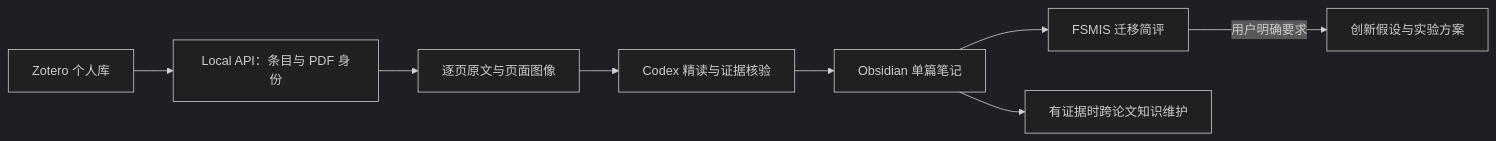
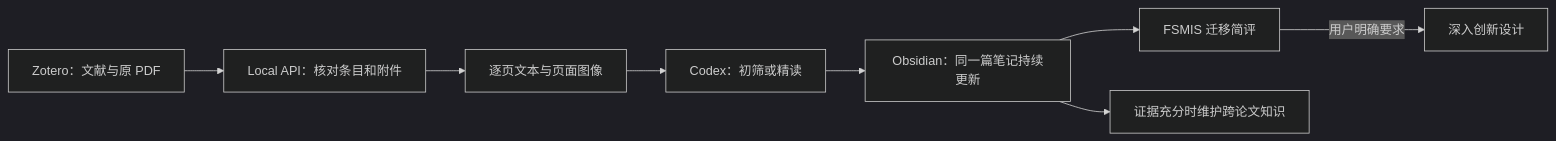
The diagram in README.md (mayByt/fsmis-research-workflow), drawn with Mermaid (dark theme) before and after one commit. The commit also changed other lines of this file, not shown here.

````diff
--- a/README.md
+++ b/README.md
@@ -18,10 +37,10 @@
 ```mermaid
 flowchart LR
-  Z[Zotero 个人库] --> A[Local API：条目与 PDF 身份]
-  A --> F[逐页原文与页面图像]
-  F --> C[Codex 精读与证据核验]
-  C --> N[Obsidian 单篇笔记]
+  Z[Zotero：文献与原 PDF] --> A[Local API：核对条目和附件]
+  A --> F[逐页文本与页面图像]
+  F --> C[Codex：初筛或精读]
+  C --> N[Obsidian：同一篇笔记持续更新]
   N --> B[FSMIS 迁移简评]
-  N --> K[有证据时跨论文知识维护]
-  B -->|用户明确要求| I[创新假设与实验方案]
+  N --> K[证据充分时维护跨论文知识]
+  B -->|用户明确要求| I[深入创新设计]
 ```
````
